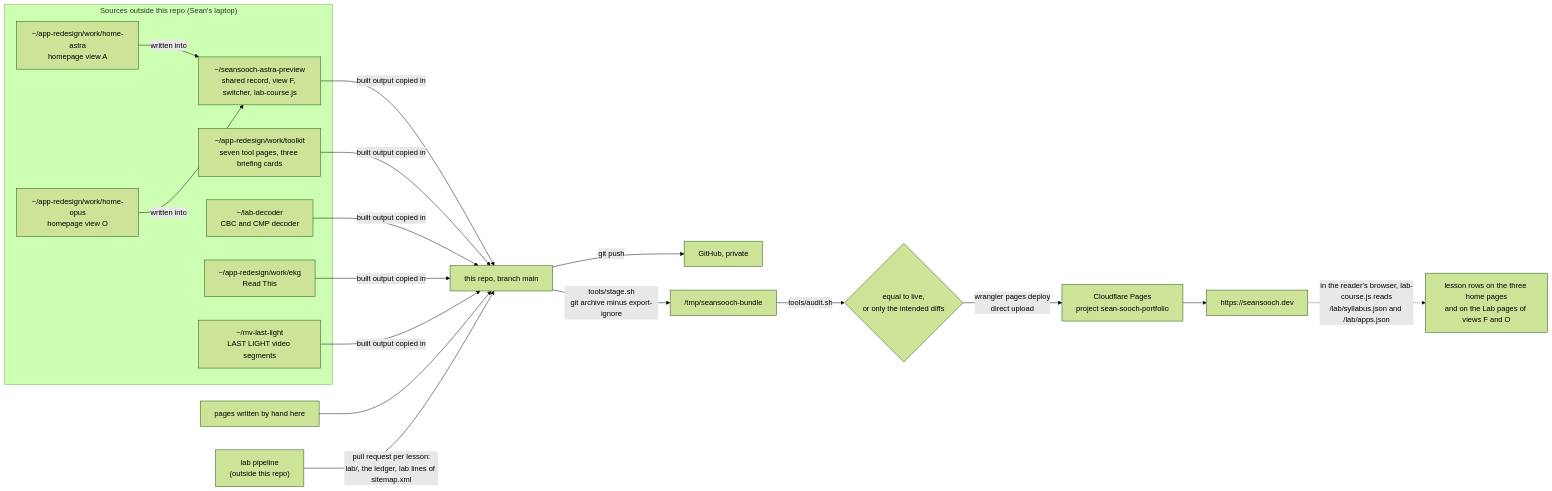
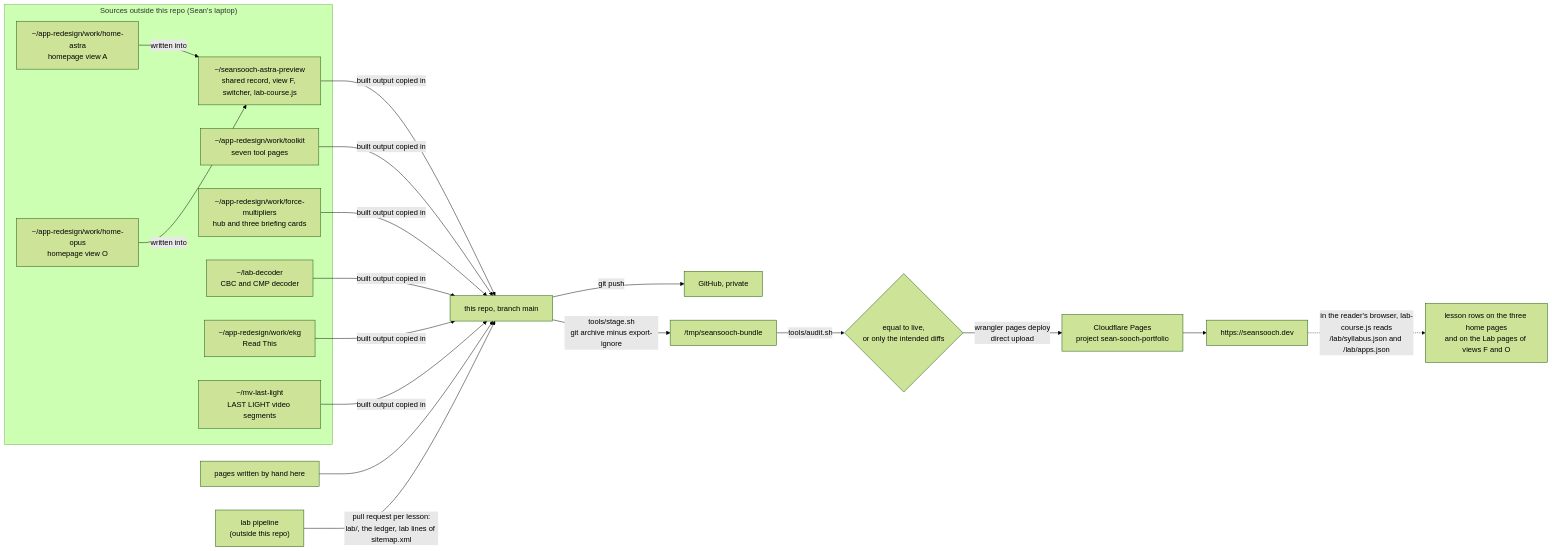
One commit to seansooch-byte/seansooch-byte.github.io changed the diagram in ARCHITECTURE.md. Above: the diagram before and after it, drawn with Mermaid (forest theme). The commit also changed other lines of this file and 14 other files, not shown here.

First line of the commit message:
force-multipliers: a section of its own, and a row of its own on the home pages

````diff
--- a/ARCHITECTURE.md
+++ b/ARCHITECTURE.md
@@ -8,22 +8,23 @@
 ```mermaid
 flowchart LR
   subgraph Outside["Sources outside this repo (Sean's laptop)"]
     A["~/app-redesign/work/home-astra<br>homepage view A"]
     O["~/app-redesign/work/home-opus<br>homepage view O"]
     V["~/seansooch-astra-preview<br>shared record, view F, switcher, lab-course.js"]
-    T["~/app-redesign/work/toolkit<br>seven tool pages, three briefing cards"]
+    T["~/app-redesign/work/toolkit<br>seven tool pages"]
+    FM["~/app-redesign/work/force-multipliers<br>hub and three briefing cards"]
     L["~/lab-decoder<br>CBC and CMP decoder"]
     E["~/app-redesign/work/ekg<br>Read This"]
     M["~/mv-last-light<br>LAST LIGHT video segments"]
   end
   A & O -->|written into| V
-  V & T & L & E & M -->|built output copied in| Repo["this repo, branch main"]
+  V & T & FM & L & E & M -->|built output copied in| Repo["this repo, branch main"]
   Hand["pages written by hand here"] --> Repo
   Repo -->|git push| GH["GitHub, private"]
   Repo -->|"tools/stage.sh<br>git archive minus export-ignore"| Bundle["/tmp/seansooch-bundle"]
   Bundle -->|tools/audit.sh| Check{"equal to live,<br>or only the intended diffs"}
   Check -->|"wrangler pages deploy<br>direct upload"| CF["Cloudflare Pages<br>project sean-sooch-portfolio"]
   CF --> Live["https://seansooch.dev"]
   Pipe["lab pipeline<br>(outside this repo)"] -->|"pull request per lesson:<br>lab/, the ledger, lab lines of sitemap.xml"| Repo
   Live -.->|"in the reader's browser, lab-course.js reads<br>/lab/syllabus.json and /lab/apps.json"| Rows["lesson rows on the three home pages<br>and on the Lab pages of views F and O"]
 ```
````
